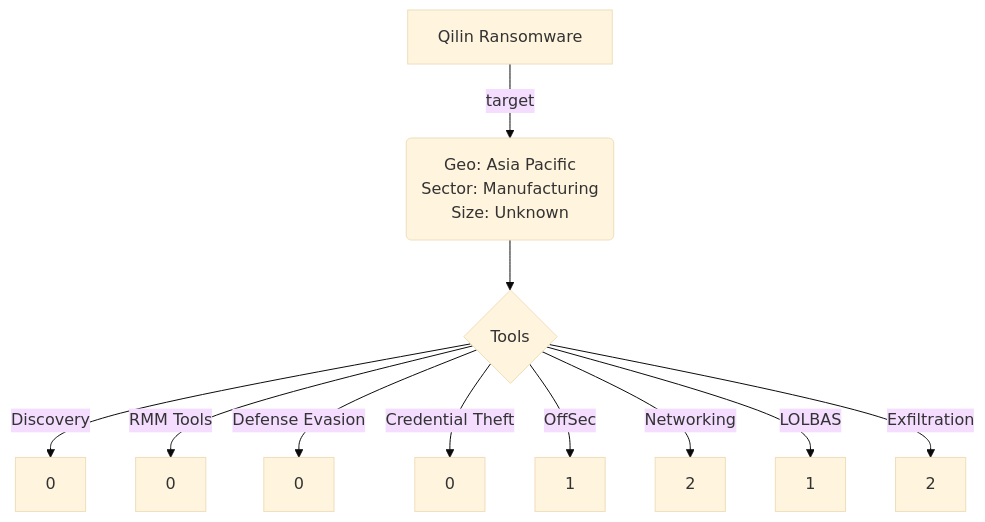
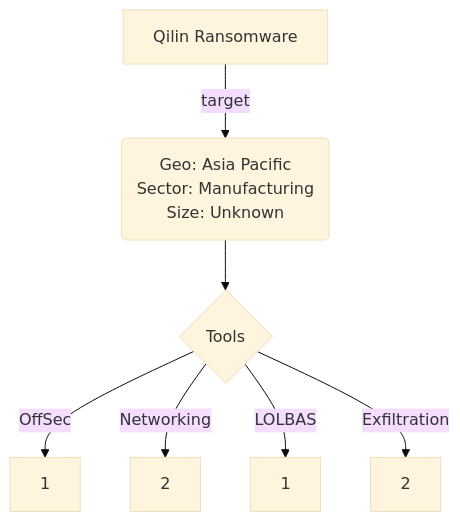
The diagram in CommunityReports/Qilin-May-2024.md (BushidoUK/Ransomware-Tool-Matrix), drawn with Mermaid (base theme) before and after one commit.

````diff
--- a/CommunityReports/Qilin-May-2024.md
+++ b/CommunityReports/Qilin-May-2024.md
@@ -51,15 +51,11 @@
 ```mermaid
 flowchart TD;
     A[Qilin Ransomware] -->|target| B(Geo: Asia Pacific
 Sector: Manufacturing
 Size: Unknown);
     B --> C{Tools};
-    C -->|Discovery| D[0];
-    C -->|RMM Tools| E[0];
-    C -->|Defense Evasion| F[0];
-    C -->|Credential Theft| G[0];
     C -->|OffSec| H[1];
     C -->|Networking| I[2];
     C -->|LOLBAS| J[1];
     C -->|Exfiltration| K[2];
 ```
````
